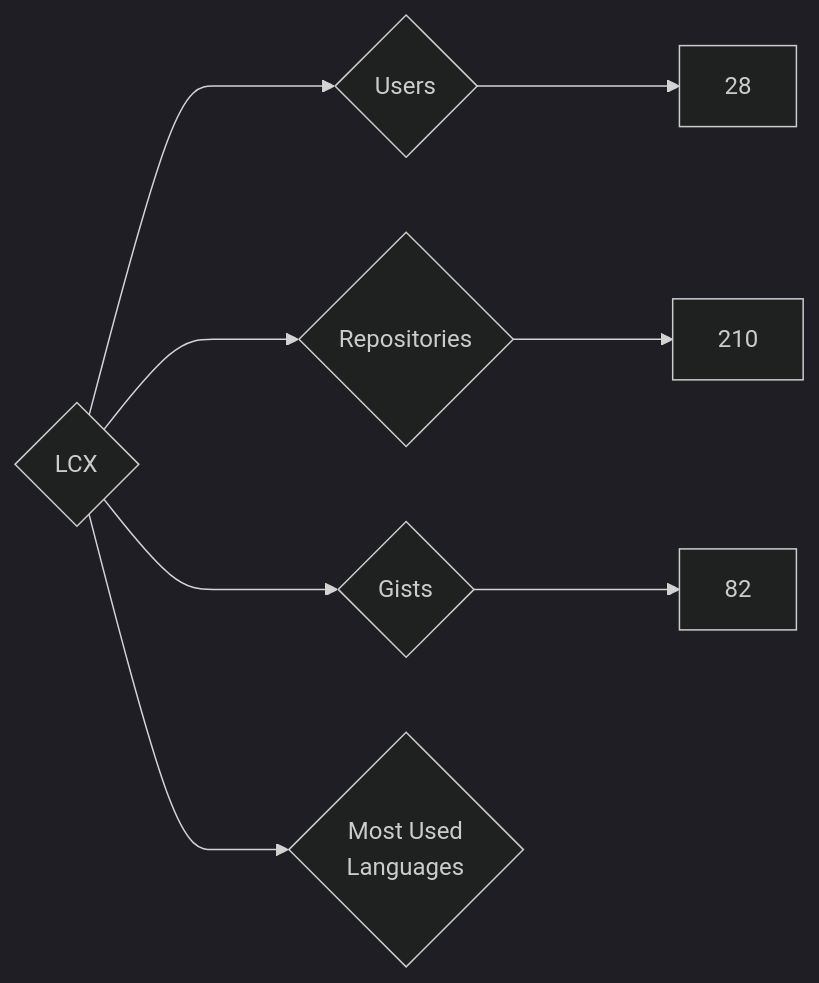
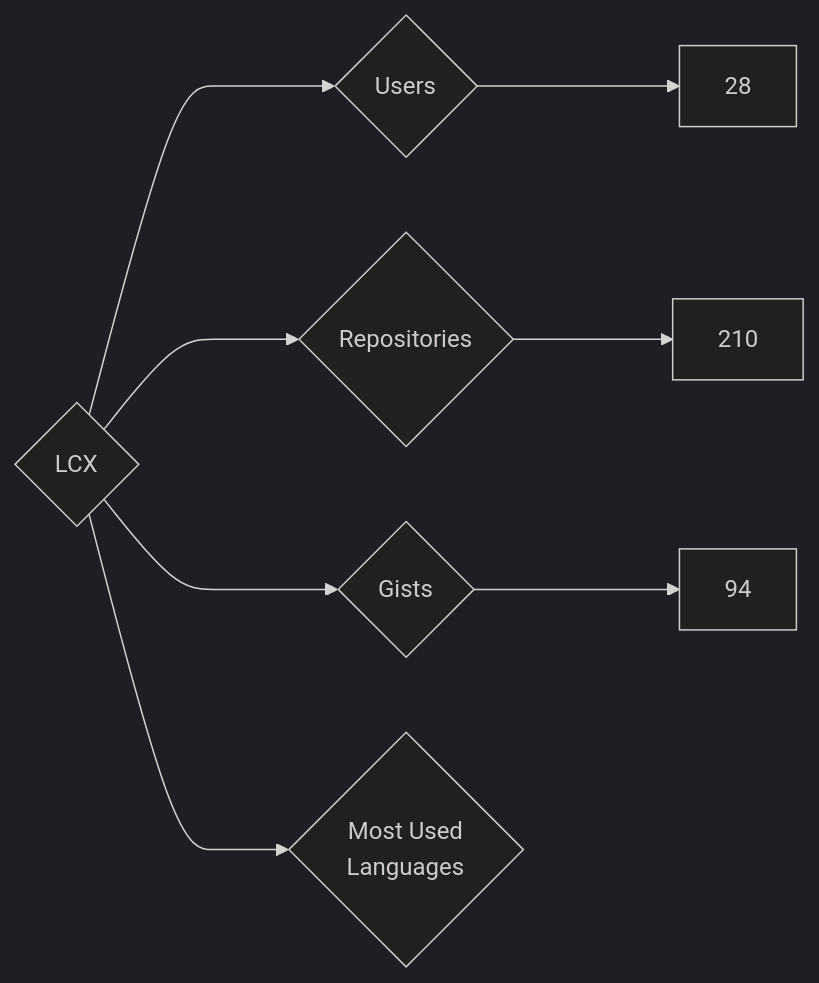
One commit to nenadzaric/insiders changed the diagram in targets/LCX/README.md. Above: the diagram before and after it, drawn with Mermaid (dark theme). The commit also changed 1342 other files, not shown here.

````diff
--- a/targets/LCX/README.md
+++ b/targets/LCX/README.md
@@ -3,8 +3,8 @@
 ```mermaid
 graph LR
 COMPANY_NAME{LCX}
 COMPANY_NAME ---> U{Users} ---> UN[28]
 COMPANY_NAME ---> R{Repositories} ---> RN[210]
-COMPANY_NAME ---> G{Gists} ---> GN[82]
+COMPANY_NAME ---> G{Gists} ---> GN[94]
 COMPANY_NAME ---> ML{Most Used<br>Languages}
 ```
````
